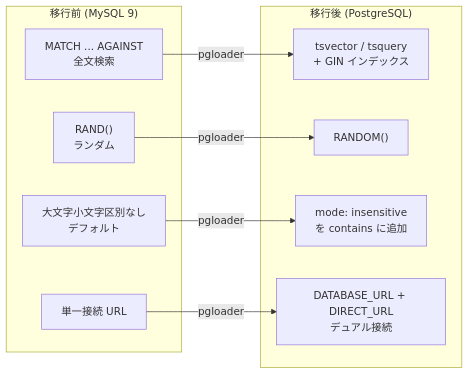
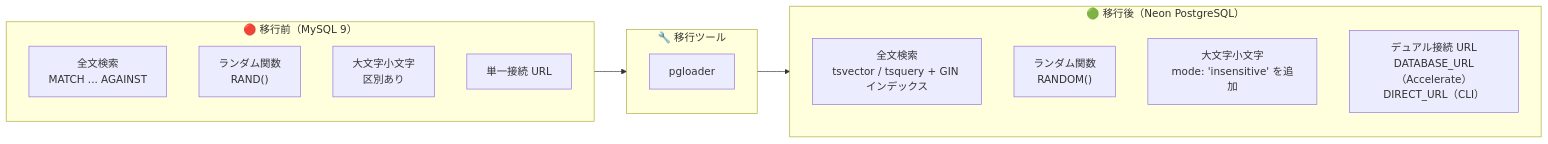
Before and after one commit to myoshi2891/Multi-Vendor-E-Commerce: the eighth of 8 diagrams in README.md, drawn with Mermaid. The commit also changed other lines of this file, not shown here.

````diff
--- a/README.md
+++ b/README.md
@@ -586,21 +522,22 @@
 ```mermaid
 flowchart LR
-    subgraph OLD["移行前 (MySQL 9)"]
-        M1["MATCH ... AGAINST<br>全文検索"]
-        M2["RAND()<br>ランダム"]
-        M3["大文字小文字区別なし<br>デフォルト"]
+    subgraph BEFORE["🔴 移行前（MySQL 9）"]
+        M1["全文検索<br>MATCH ... AGAINST"]
+        M2["ランダム関数<br>RAND()"]
+        M3["大文字小文字<br>区別あり"]
         M4["単一接続 URL"]
     end
 
-    subgraph NEW["移行後 (PostgreSQL)"]
-        N1["tsvector / tsquery<br>+ GIN インデックス"]
-        N2["RANDOM()"]
-        N3["mode: insensitive<br>を contains に追加"]
-        N4["DATABASE_URL + DIRECT_URL<br>デュアル接続"]
+    subgraph TOOL["🔧 移行ツール"]
+        PGL["pgloader"]
     end
 
-    M1 -->|pgloader| N1
-    M2 -->|pgloader| N2
-    M3 -->|pgloader| N3
-    M4 -->|pgloader| N4
+    subgraph AFTER["🟢 移行後（Neon PostgreSQL）"]
+        A1["全文検索<br>tsvector / tsquery + GIN インデックス"]
+        A2["ランダム関数<br>RANDOM()"]
+        A3["大文字小文字<br>mode: 'insensitive' を追加"]
+        A4["デュアル接続 URL<br>DATABASE_URL（Accelerate）<br>DIRECT_URL（CLI）"]
+    end
+
+    BEFORE --> TOOL --> AFTER
 ```
````
